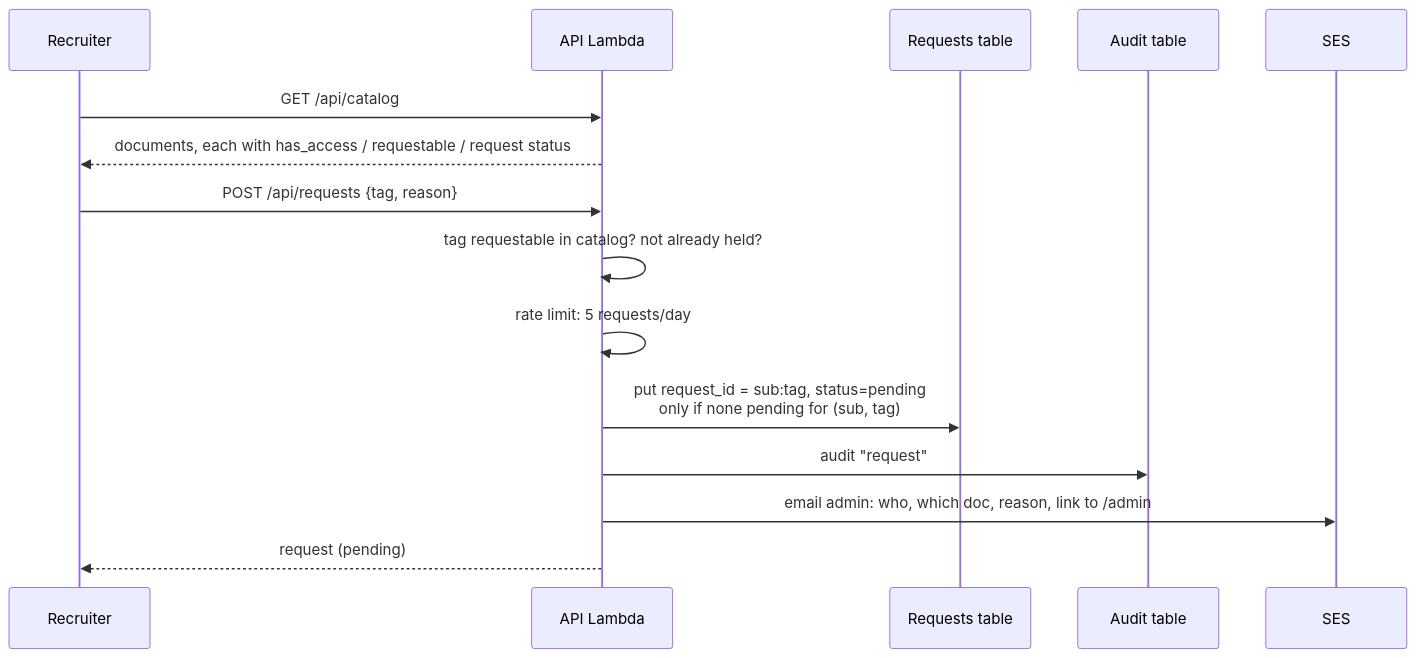
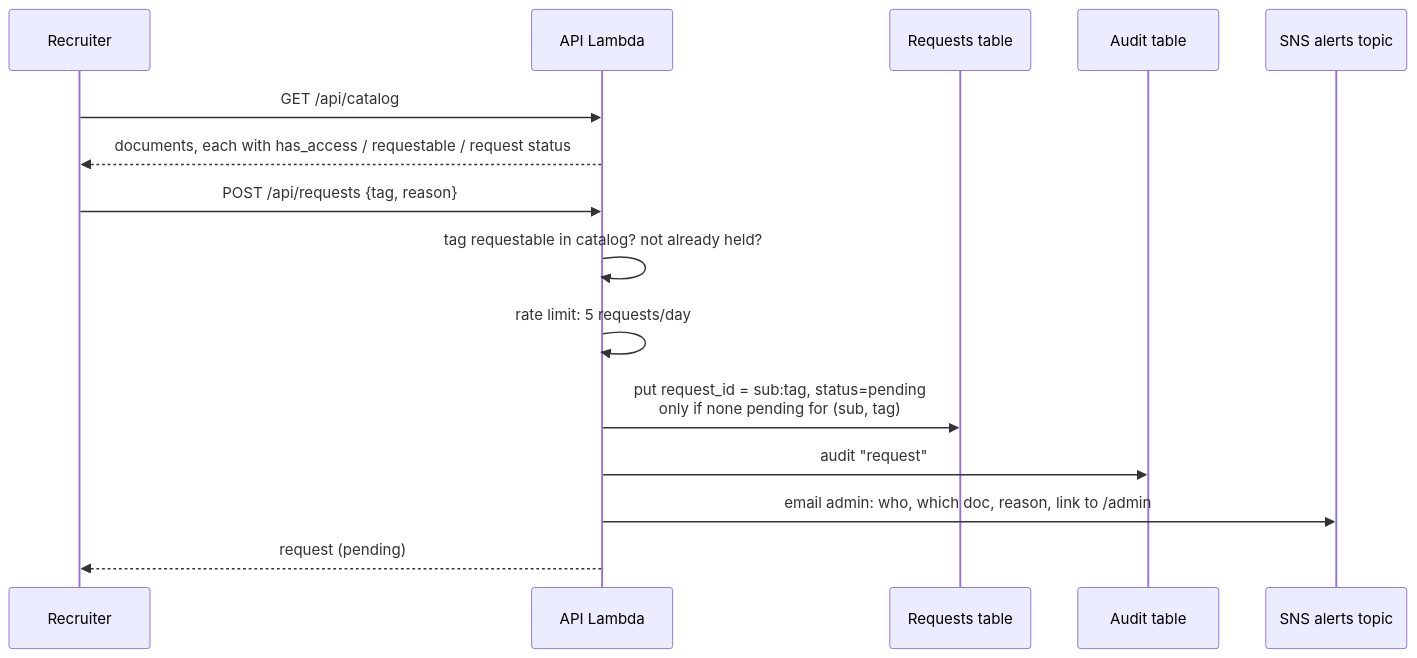
Before and after one commit to aashishravindran/sentinel-resume: the fourth of 7 diagrams in FLOW.md, drawn with Mermaid. The commit also changed other lines of this file and 11 other files, not shown here.

First line of the commit message:
Email each access request through the alerts topic; drop SES and the request alarm (#26)

````diff
--- a/FLOW.md
+++ b/FLOW.md
@@ -94,17 +94,17 @@
 ```mermaid
 sequenceDiagram
   participant R as Recruiter
   participant L as API Lambda
   participant Q as Requests table
   participant A as Audit table
-  participant E as SES
+  participant E as SNS alerts topic
   R->>L: GET /api/catalog
   L-->>R: documents, each with has_access / requestable / request status
   R->>L: POST /api/requests {tag, reason}
   L->>L: tag requestable in catalog? not already held?
   L->>L: rate limit: 5 requests/day
   L->>Q: put request_id = sub:tag, status=pending<br/>only if none pending for (sub, tag)
   L->>A: audit "request"
   L->>E: email admin: who, which doc, reason, link to /admin
   L-->>R: request (pending)
 ```
````
